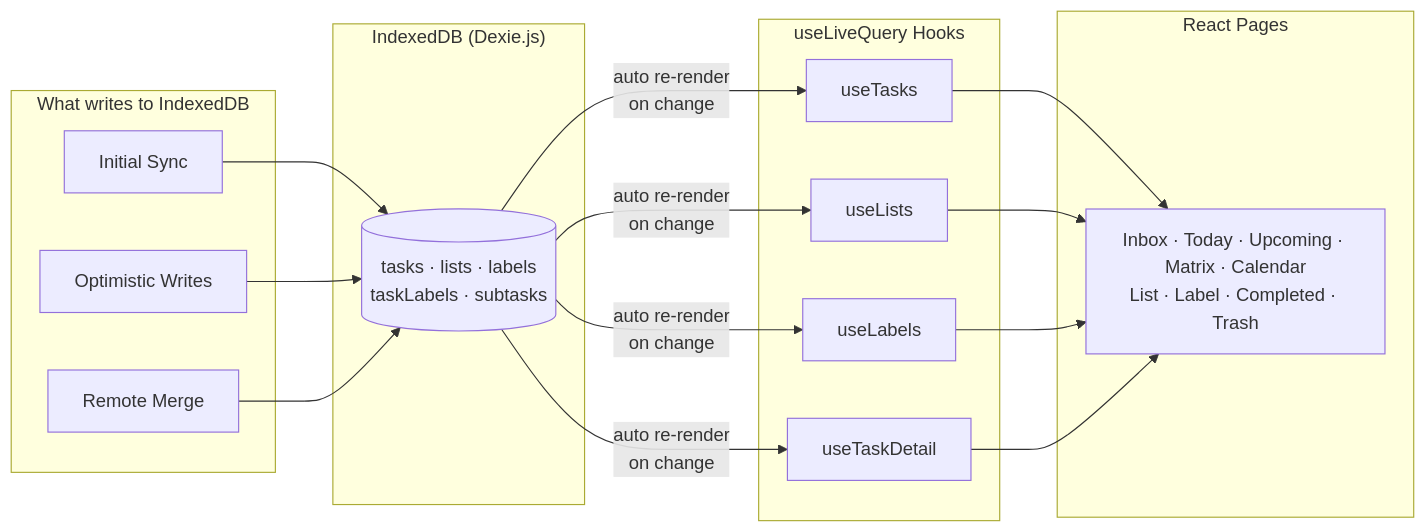
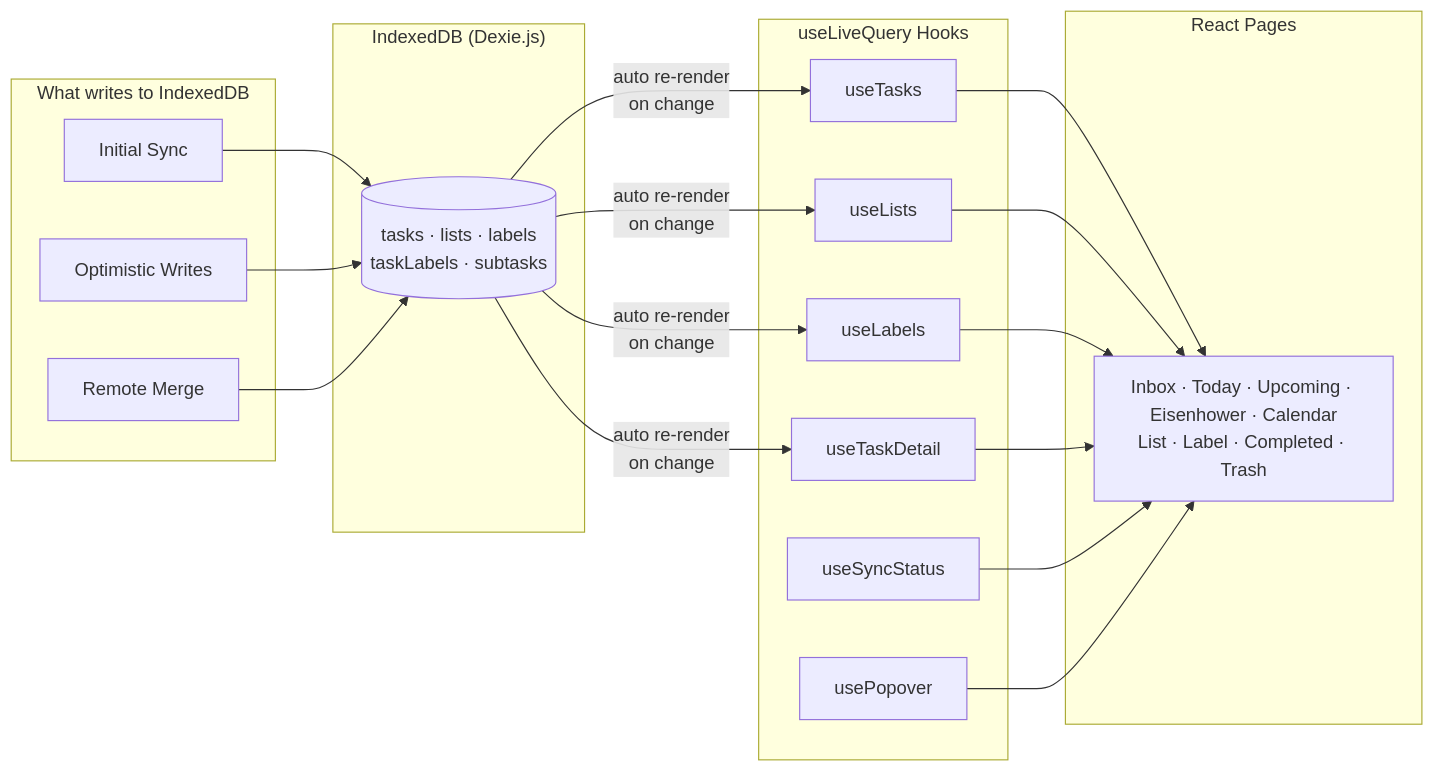
Before and after one commit to vasi1796/doit: the diagram in docs/diagrams/004-read-path.md, drawn with Mermaid. The commit also changed other lines of this file and 3 other files, not shown here.

````diff
--- a/docs/diagrams/004-read-path.md
+++ b/docs/diagrams/004-read-path.md
@@ -5,34 +5,38 @@
 ```mermaid
 flowchart LR
     subgraph Write["What writes to IndexedDB"]
         IS[Initial Sync]
         OW[Optimistic Writes]
         ME[Remote Merge]
     end
 
     subgraph IDB["IndexedDB (Dexie.js)"]
         DB[(tasks · lists · labels<br/>taskLabels · subtasks)]
     end
 
     subgraph Hooks["useLiveQuery Hooks"]
         UT[useTasks]
         UL[useLists]
         ULB[useLabels]
         UTD[useTaskDetail]
+        USS[useSyncStatus]
+        UP[usePopover]
     end
 
     subgraph Pages["React Pages"]
-        P[Inbox · Today · Upcoming · Matrix · Calendar<br/>List · Label · Completed · Trash]
+        P[Inbox · Today · Upcoming · Eisenhower · Calendar<br/>List · Label · Completed · Trash]
     end
 
     IS --> DB
     OW --> DB
     ME --> DB
 
     DB -->|auto re-render<br/>on change| UT & UL & ULB & UTD
 
     UT --> P
     UL --> P
     ULB --> P
     UTD --> P
+    USS --> P
+    UP --> P
 ```
````
